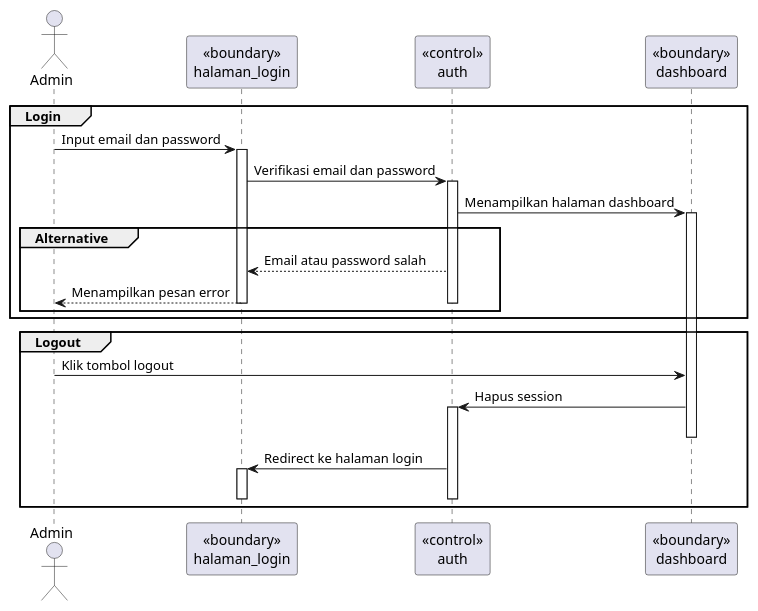
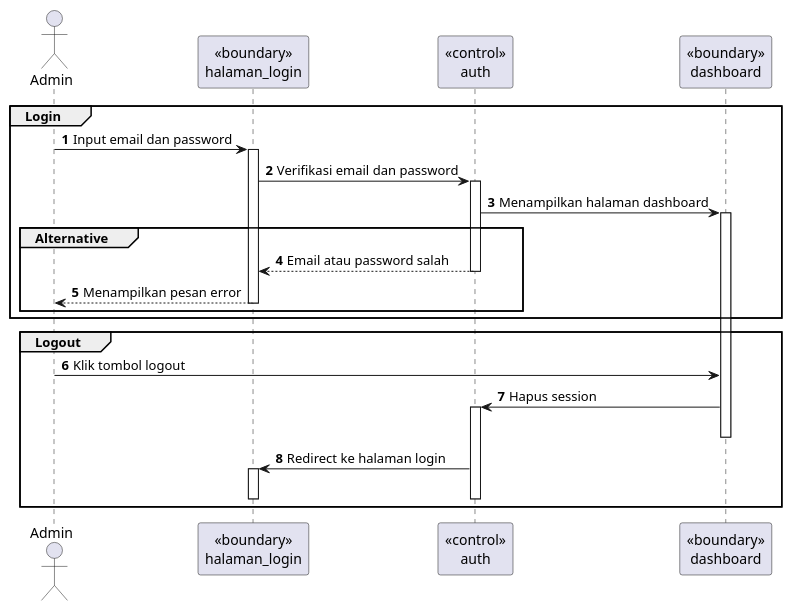
One commit to Churma16/indeks-kepuasan-masyarakat changed the diagram in documentation/SequenceDiagram/loginSequenceDiagram.puml. Above: the diagram before and after it, drawn with PlantUML. The commit also changed 3 other files, not shown here.

```diff
--- a/documentation/SequenceDiagram/loginSequenceDiagram.puml
+++ b/documentation/SequenceDiagram/loginSequenceDiagram.puml
@@ -1,30 +1,31 @@
-@startuml
+@startuml Login
+autonumber
 actor Admin
 participant "<<boundary>>\nhalaman_login" as login
 participant "<<control>>\nauth" as auth
 participant "<<boundary>>\ndashboard" as dashboard
 group Login
     Admin -> login: Input email dan password
     activate login
     login -> auth: Verifikasi email dan password
     activate auth
     auth -> dashboard: Menampilkan halaman dashboard
     activate dashboard
     group Alternative
         auth --> login: Email atau password salah
+        deactivate auth
         login --> Admin: Menampilkan pesan error
-        deactivate auth
         deactivate login
     end
 end
 group Logout
     Admin -> dashboard: Klik tombol logout
     dashboard -> auth: Hapus session
     activate auth
     deactivate dashboard
     auth -> login: Redirect ke halaman login
     activate login
     deactivate login
     deactivate auth
 end
 @enduml
```
